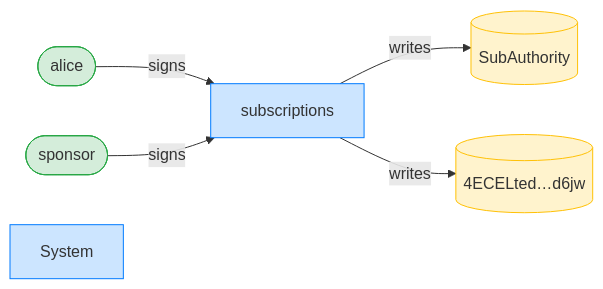
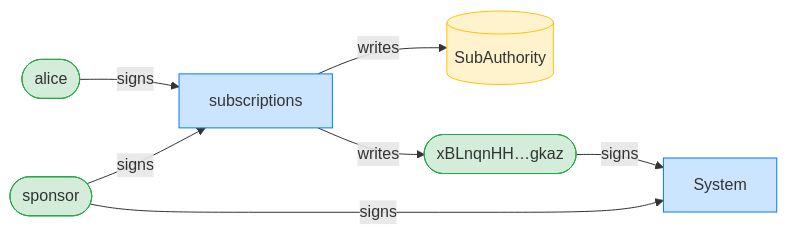
The seventh of 8 diagrams in dsl_tests/a-sponsor-cannot-revoke-a-non-expired-fixed-delegation.md (cds-rs/subscriptions), drawn with Mermaid before and after one commit. The commit also changed other lines of this file and 224 other files, not shown here.

````diff
--- a/dsl_tests/a-sponsor-cannot-revoke-a-non-expired-fixed-delegation.md
+++ b/dsl_tests/a-sponsor-cannot-revoke-a-non-expired-fixed-delegation.md
@@ -131,16 +137,18 @@
 ```mermaid
 flowchart LR
     classDef signer fill:#d4edda,stroke:#28a745;
     classDef program fill:#cce5ff,stroke:#007bff;
     classDef writable fill:#fff3cd,stroke:#ffc107;
     subscriptions[subscriptions]:::program
     alice([alice]):::signer
     SubAuthority[(SubAuthority)]:::writable
-    4ECELted_d6jw[("4ECELted…d6jw")]:::writable
+    xBLnqnHH_gkaz(["xBLnqnHH…gkaz"]):::signer
     sponsor([sponsor]):::signer
     System[System]:::program
     alice -->|signs| subscriptions
     sponsor -->|signs| subscriptions
+    sponsor -->|signs| System
+    xBLnqnHH_gkaz -->|signs| System
     subscriptions -->|writes| SubAuthority
-    subscriptions -->|writes| 4ECELted_d6jw
+    subscriptions -->|writes| xBLnqnHH_gkaz
 ```
````
